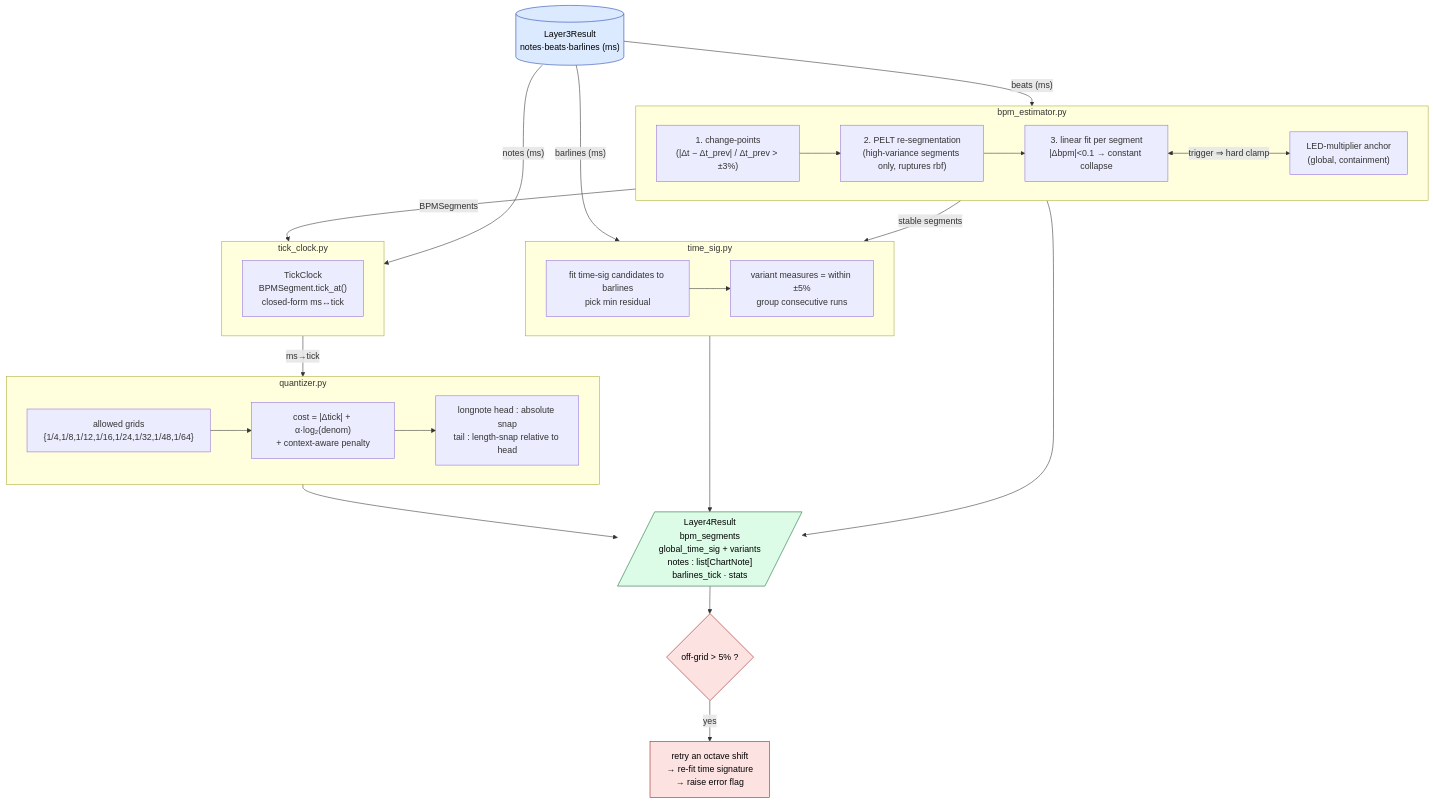
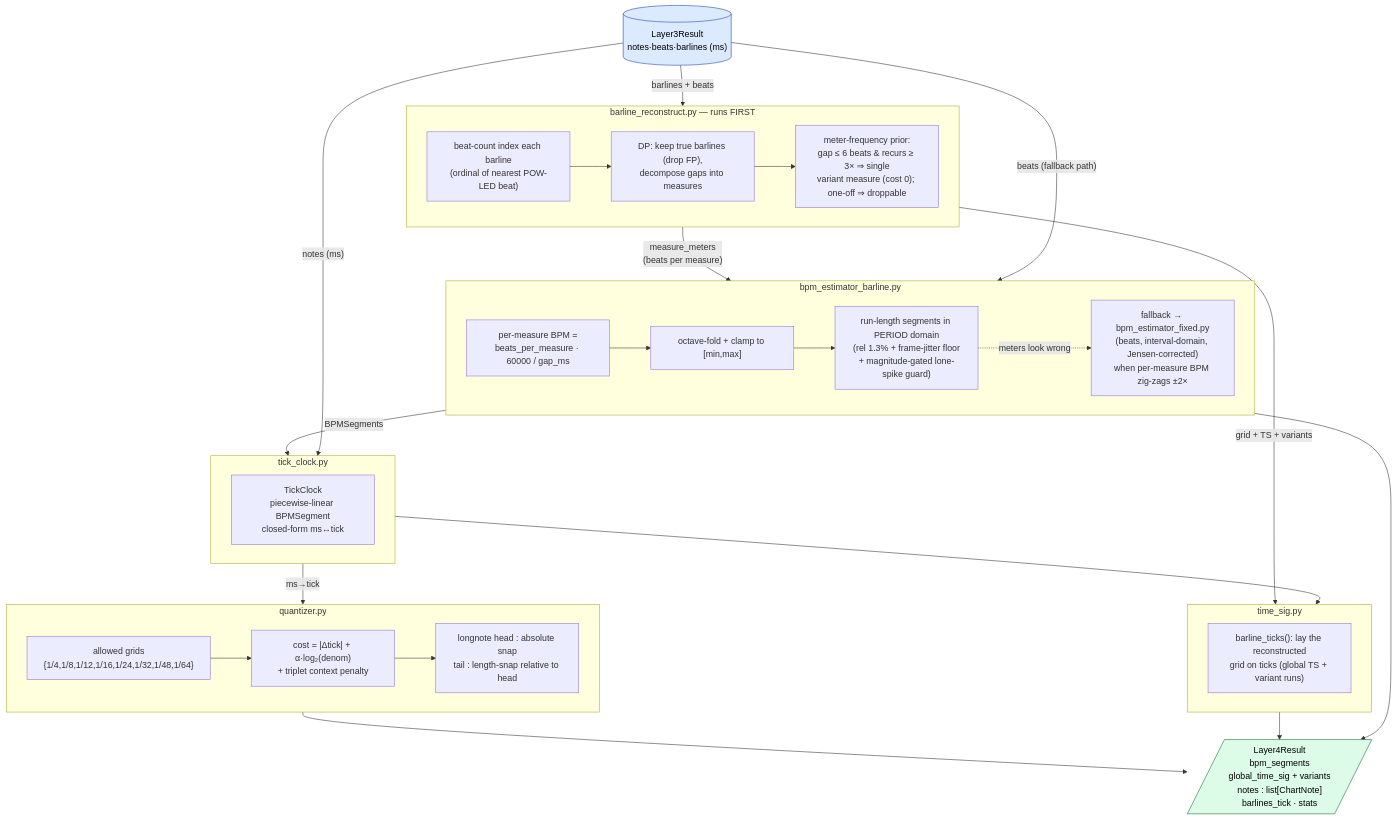
The fourth of 5 diagrams in doc/ARCHITECTURE.md (khanwul/EZ2CV-djmax), drawn with Mermaid before and after one commit. The commit also changed other lines of this file and 10 other files, not shown here.

Commit message:
Modified BPM calculation from a beat-based method to a barline-based method (falls back to a beat estimator in case of irregular time signature errors); adjusted the position of long note tails

````diff
--- a/doc/ARCHITECTURE.md
+++ b/doc/ARCHITECTURE.md
@@ -185,50 +186,52 @@
 ```mermaid
 flowchart TD
     L3R[("Layer3Result<br/>notes·beats·barlines (ms)")]:::data
 
-    subgraph BPM["bpm_estimator.py"]
-        a1["1. change-points<br/>(|Δt − Δt_prev| / Δt_prev > ±3%)"]
-        a2["2. PELT re-segmentation<br/>(high-variance segments only, ruptures rbf)"]
-        a3["3. linear fit per segment<br/>|Δbpm|&lt;0.1 → constant collapse"]
-        anc["LED-multiplier anchor<br/>(global, containment)"]
-        a1 --> a2 --> a3
-        a3 <-->|"trigger ⇒ hard clamp"| anc
+    subgraph REC["barline_reconstruct.py — runs FIRST"]
+        r1["beat-count index each barline<br/>(ordinal of nearest POW-LED beat)"]
+        r2["DP: keep true barlines (drop FP),<br/>decompose gaps into measures"]
+        r3["meter-frequency prior:<br/>gap ≤ 6 beats & recurs ≥ 3× ⇒ single<br/>variant measure (cost 0); one-off ⇒ droppable"]
+        r1 --> r2 --> r3
+    end
+
+    subgraph BPM["bpm_estimator_barline.py"]
+        b1["per-measure BPM =<br/>beats_per_measure · 60000 / gap_ms"]
+        b2["octave-fold + clamp to [min,max]"]
+        b3["run-length segments in PERIOD domain<br/>(rel 1.3% + frame-jitter floor<br/>+ magnitude-gated lone-spike guard)"]
+        b1 --> b2 --> b3
+        fb["fallback → bpm_estimator_fixed.py<br/>(beats, interval-domain, Jensen-corrected)<br/>when per-measure BPM zig-zags ±2×"]
+        b3 -. "meters look wrong" .-> fb
+    end
+
+    subgraph CLOCK["tick_clock.py"]
+        clk["TickClock<br/>piecewise-linear BPMSegment<br/>closed-form ms↔tick"]
     end
 
     subgraph TS["time_sig.py"]
-        t1["fit time-sig candidates to barlines<br/>pick min residual"]
-        t2["variant measures = within ±5%<br/>group consecutive runs"]
-        t1 --> t2
-    end
-
-    subgraph CLOCK["tick_clock.py"]
-        clk["TickClock<br/>BPMSegment.tick_at()<br/>closed-form ms↔tick"]
+        t1["barline_ticks(): lay the reconstructed<br/>grid on ticks (global TS + variant runs)"]
     end
 
     subgraph Q["quantizer.py"]
         q1["allowed grids<br/>{1/4,1/8,1/12,1/16,1/24,1/32,1/48,1/64}"]
-        q2["cost = |Δtick| + α·log₂(denom)<br/>+ context-aware penalty"]
+        q2["cost = |Δtick| + α·log₂(denom)<br/>+ triplet context penalty"]
         q3["longnote head : absolute snap<br/>tail : length-snap relative to head"]
         q1 --> q2 --> q3
     end
 
     L4R[/"Layer4Result<br/>bpm_segments<br/>global_time_sig + variants<br/>notes : list[ChartNote]<br/>barlines_tick · stats"/]:::out
 
-    L3R -- "beats (ms)"     --> BPM
-    L3R -- "barlines (ms)"  --> TS
-    BPM -- "BPMSegments"    --> CLOCK
-    BPM -- "stable segments"--> TS
-    L3R -- "notes (ms)"     --> CLOCK
-    CLOCK -- "ms→tick"      --> Q
+    L3R -- "barlines + beats"        --> REC
+    REC -- "measure_meters<br/>(beats per measure)" --> BPM
+    L3R -- "beats (fallback path)"   --> BPM
+    BPM -- "BPMSegments"             --> CLOCK
+    REC -- "grid + TS + variants"    --> TS
+    CLOCK --> TS
+    L3R -- "notes (ms)"              --> CLOCK
+    CLOCK -- "ms→tick"              --> Q
     Q --> L4R
     TS --> L4R
     BPM --> L4R
 
-    sanity{"off-grid > 5% ?"}:::warn
-    L4R --> sanity
-    sanity -- yes --> retry["retry an octave shift<br/>→ re-fit time signature<br/>→ raise error flag"]:::warn
-
     classDef data fill:#dbeafe,stroke:#1e40af,color:#000
     classDef out  fill:#dcfce7,stroke:#166534,color:#000
-    classDef warn fill:#fde2e2,stroke:#991b1b,color:#000
 ```
````
